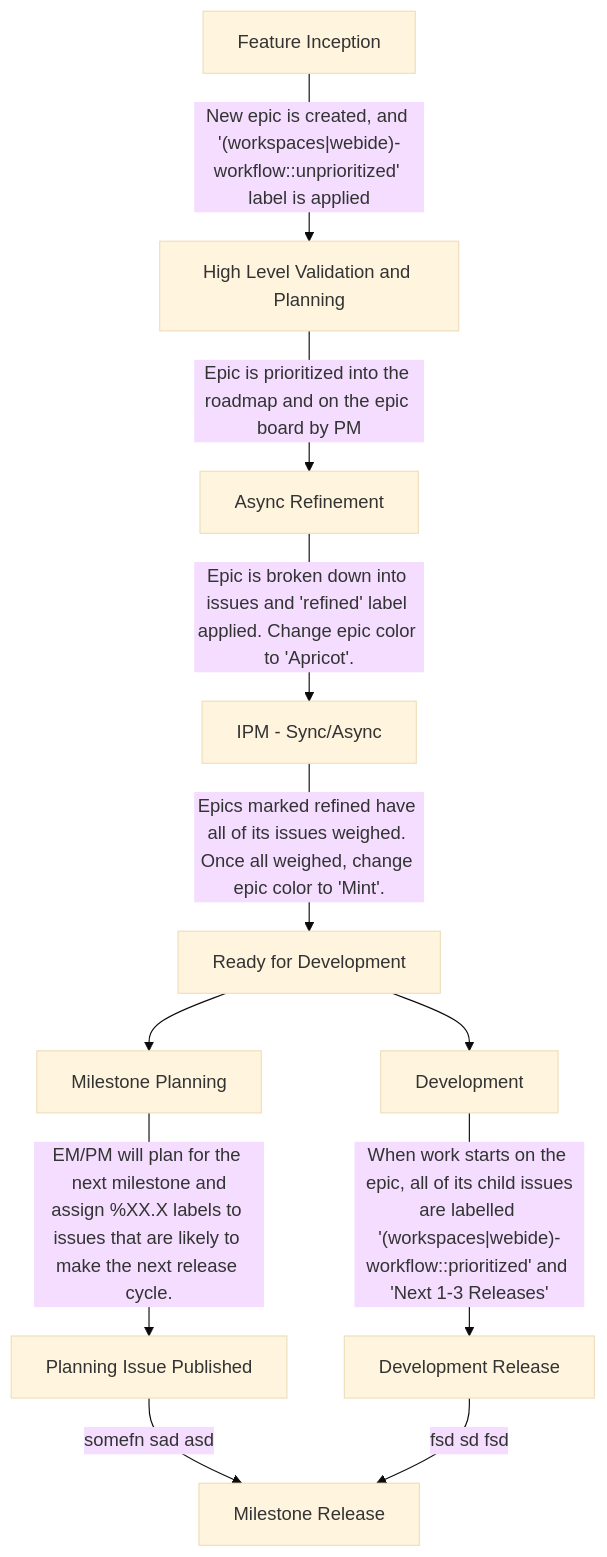
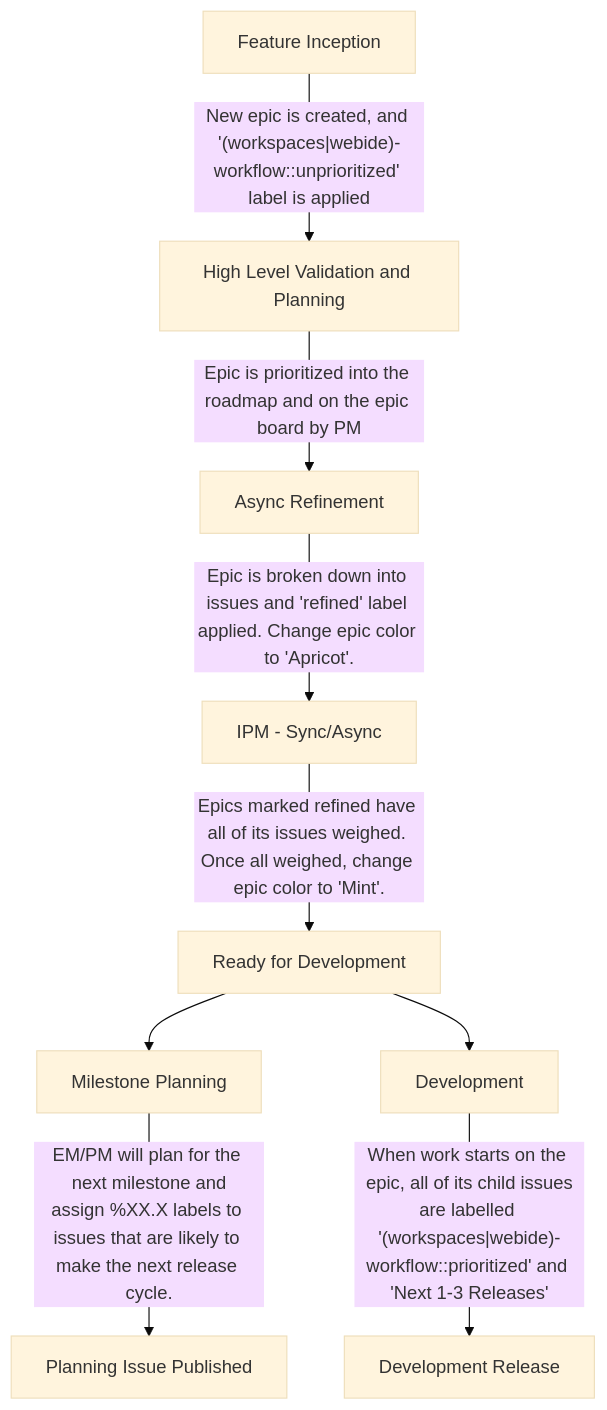
Before and after one commit to moliver28/research-handbook: the diagram in content/handbook/engineering/development/dev/create/remote-development/_index.md, drawn with Mermaid (base theme).

Commit message:
Update file _index.md

````diff
--- a/content/handbook/engineering/development/dev/create/remote-development/_index.md
+++ b/content/handbook/engineering/development/dev/create/remote-development/_index.md
@@ -206,16 +206,14 @@
 ```mermaid
 graph TD;
   S[Feature Inception] -->|"New epic is created, and '(workspaces|webide)-workflow::unprioritized' label is applied"| V[High Level Validation and Planning]
   V -->|"Epic is prioritized into the roadmap and on the epic board by PM"| R[Async Refinement]
   R -->|"Epic is broken down into issues and 'refined' label applied. Change epic color to 'Apricot'."| P[IPM - Sync/Async]
   P -->|"Epics marked refined have all of its issues weighed. Once all weighed, change epic color to 'Mint'."| I[Ready for Development]
   
   I --> N[Milestone Planning]
   I --> D[Development]
 
   N -->|"EM/PM will plan for the next milestone and\nassign %XX.X labels to issues that are likely to make the next release cycle."| E1[Planning Issue Published]
   D -->|"When work starts on the epic, all of its child issues\nare labelled '(workspaces|webide)-workflow::prioritized' and 'Next 1-3 Releases'"| E2[Development Release]
 
-  E1 -->|"somefn sad asd"| Final[Milestone Release]
-  E2 -->|"fsd sd fsd"| Final
 ```
````
